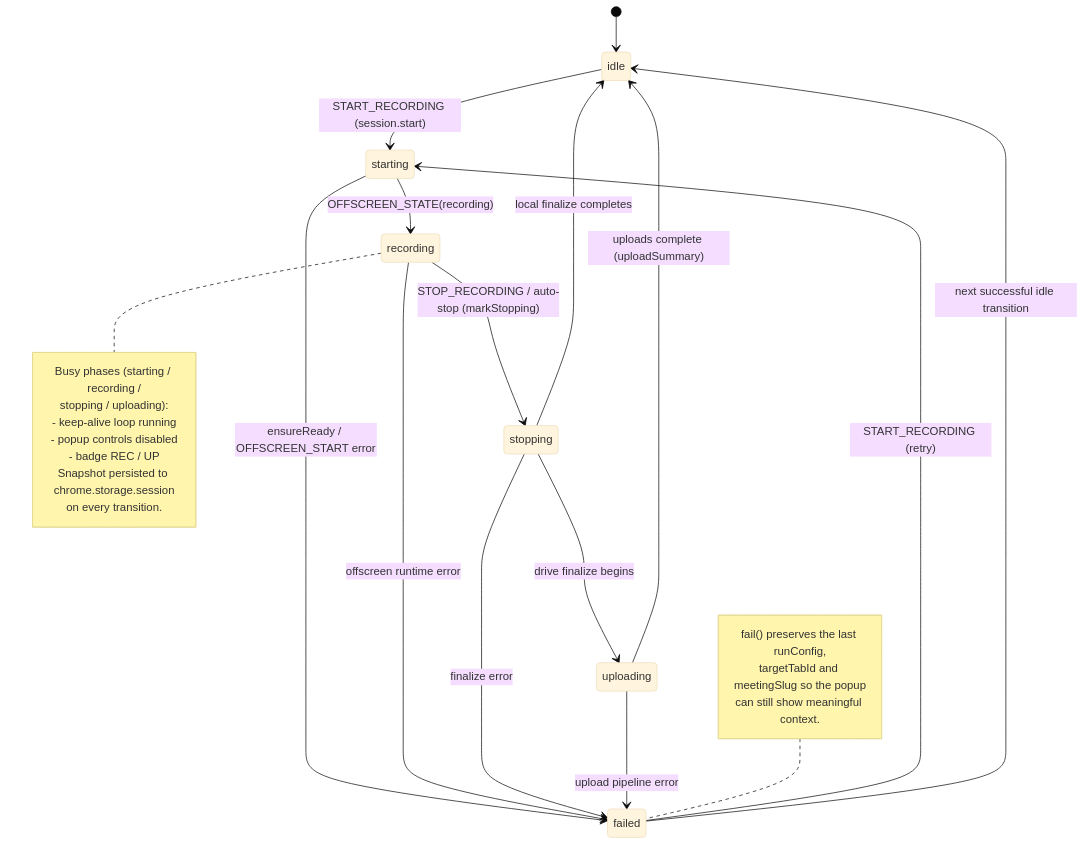
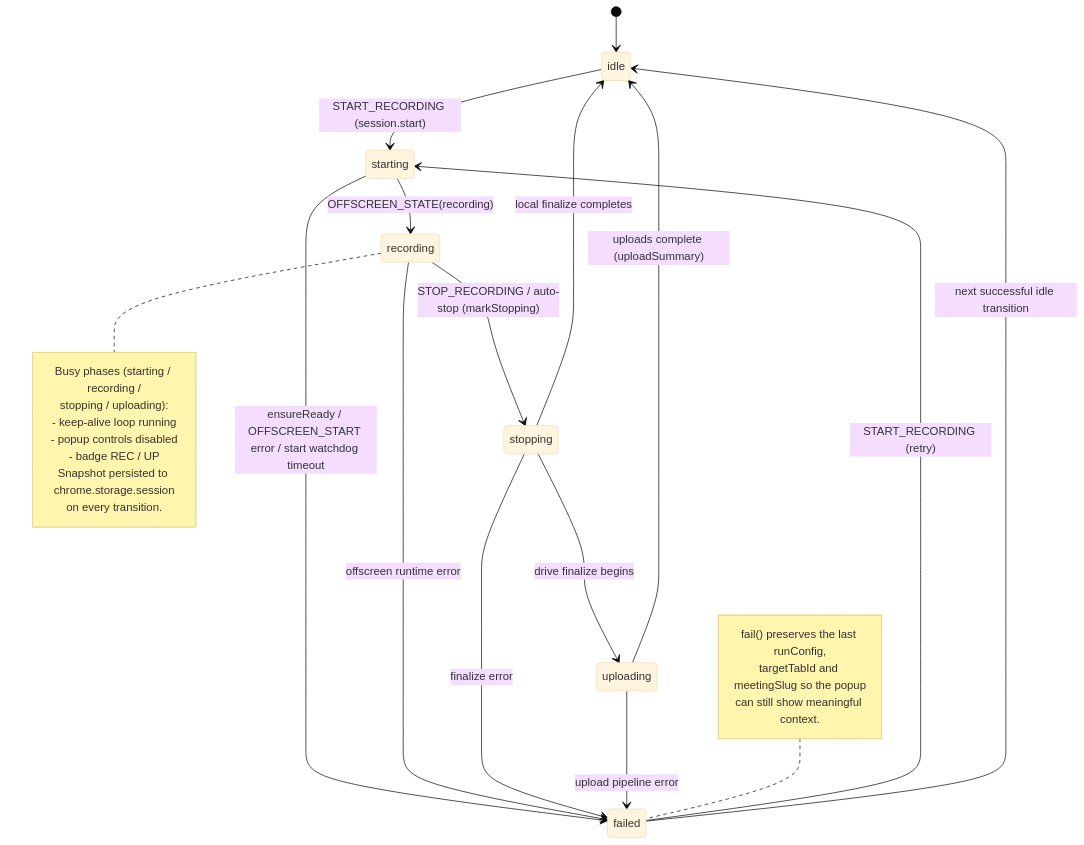
Before and after one commit to kstroevsky/chrome-meeting-recording-extension: the fifth of 17 diagrams in README.md, drawn with Mermaid (base theme). The commit also changed other lines of this file and 5 other files, not shown here.

First line of the commit message:
Fix: Start-phase watchdog rescues a session orphaned in

````diff
--- a/README.md
+++ b/README.md
@@ -1345,32 +1348,32 @@
 ```mermaid
 stateDiagram-v2
     [*] --> idle
     idle --> starting: START_RECORDING (session.start)
     starting --> recording: OFFSCREEN_STATE(recording)
-    starting --> failed: ensureReady / OFFSCREEN_START error
+    starting --> failed: ensureReady / OFFSCREEN_START error / start watchdog timeout
     recording --> stopping: STOP_RECORDING / auto-stop (markStopping)
     recording --> failed: offscreen runtime error
     stopping --> uploading: drive finalize begins
     stopping --> idle: local finalize completes
     stopping --> failed: finalize error
     uploading --> idle: uploads complete (uploadSummary)
     uploading --> failed: upload pipeline error
     failed --> starting: START_RECORDING (retry)
     failed --> idle: next successful idle transition
 
     note right of recording
         Busy phases (starting / recording /
         stopping / uploading):
         - keep-alive loop running
         - popup controls disabled
         - badge REC / UP
         Snapshot persisted to chrome.storage.session
         on every transition.
     end note
 
     note left of failed
         fail() preserves the last runConfig,
         targetTabId and meetingSlug so the popup
         can still show meaningful context.
     end note
 ```
````
